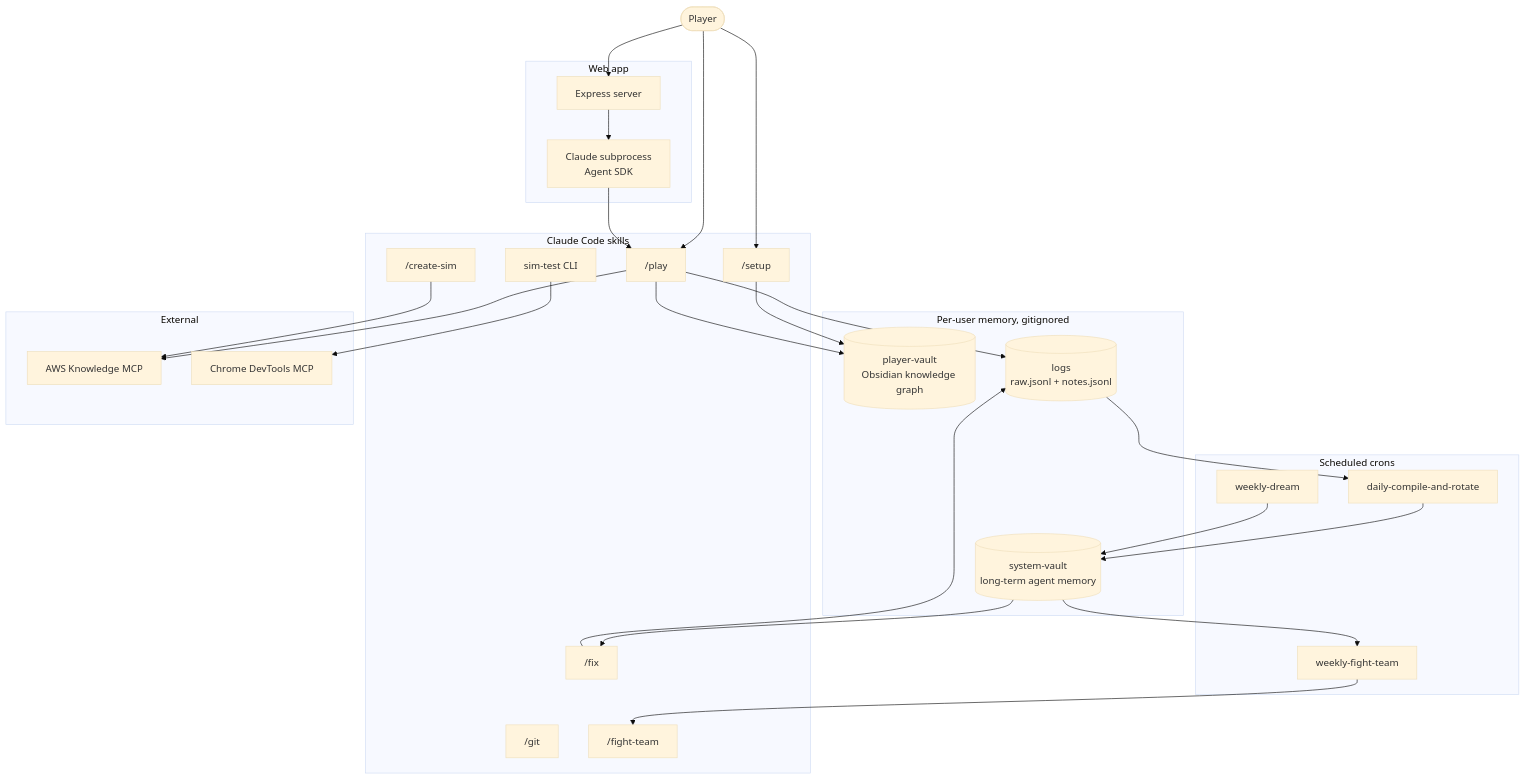
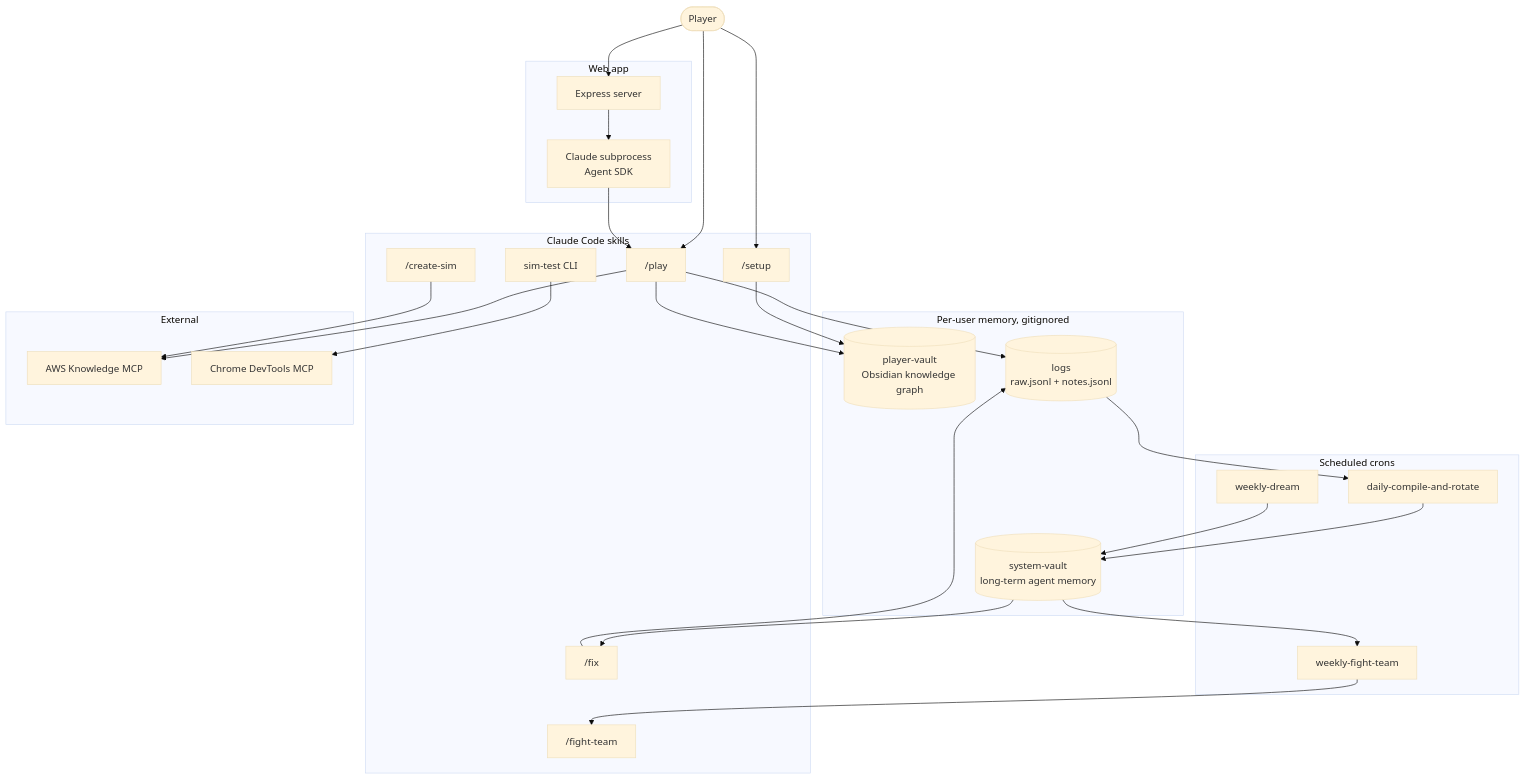
One commit to drashtishah/aws-simulator changed the second of 2 diagrams in README.md. Above: the diagram before and after it, drawn with Mermaid (base theme). The commit also changed 14 other files, not shown here.

````diff
--- a/README.md
+++ b/README.md
@@ -34,55 +34,54 @@
 ```mermaid
 flowchart TB
   Player([Player])
 
   subgraph Skills[Claude Code skills]
     Setup["/setup"]
     Play["/play"]
     Fix["/fix"]
-    Git["/git"]
     FightTeam["/fight-team"]
     CreateSim["/create-sim"]
     SimTest[sim-test CLI]
   end
 
   subgraph Crons[Scheduled crons]
     Compile[daily-compile-and-rotate]
     Dream[weekly-dream]
     WeeklyFight[weekly-fight-team]
   end
 
   subgraph Memory[Per-user memory, gitignored]
     PlayerVault[(player-vault<br/>Obsidian knowledge graph)]
     SystemVault[(system-vault<br/>long-term agent memory)]
     Logs[(logs<br/>raw.jsonl + notes.jsonl)]
   end
 
   subgraph Web[Web app]
     Express[Express server]
     Subprocess[Claude subprocess<br/>Agent SDK]
   end
 
   subgraph External[External]
     AwsMcp[AWS Knowledge MCP]
     DevtoolsMcp[Chrome DevTools MCP]
   end
 
   Player --> Setup
   Player --> Play
   Player --> Express
   Express --> Subprocess
   Subprocess --> Play
   Setup --> PlayerVault
   Play --> PlayerVault
   Play --> Logs
   Logs --> Compile
   Compile --> SystemVault
   SystemVault --> Fix
   SystemVault --> WeeklyFight
   WeeklyFight --> FightTeam
   Dream --> SystemVault
   Fix --> Logs
   Play --> AwsMcp
   CreateSim --> AwsMcp
   SimTest --> DevtoolsMcp
 ```
````
